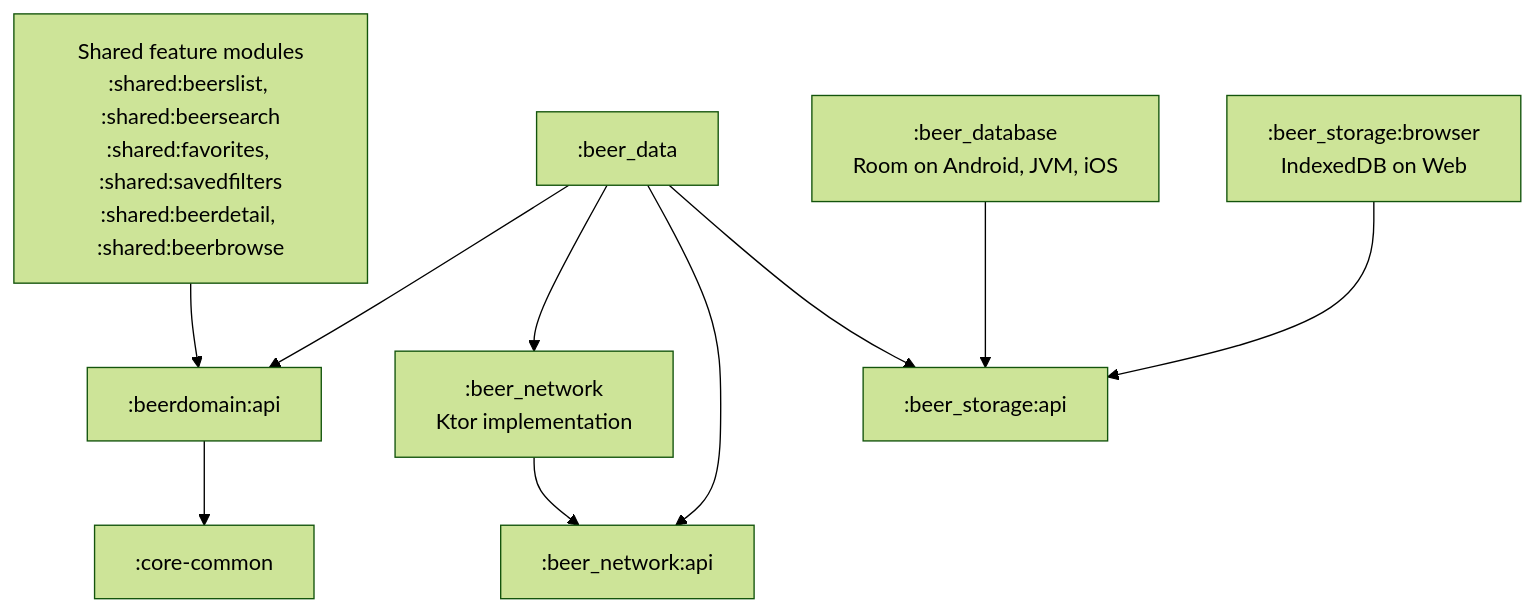
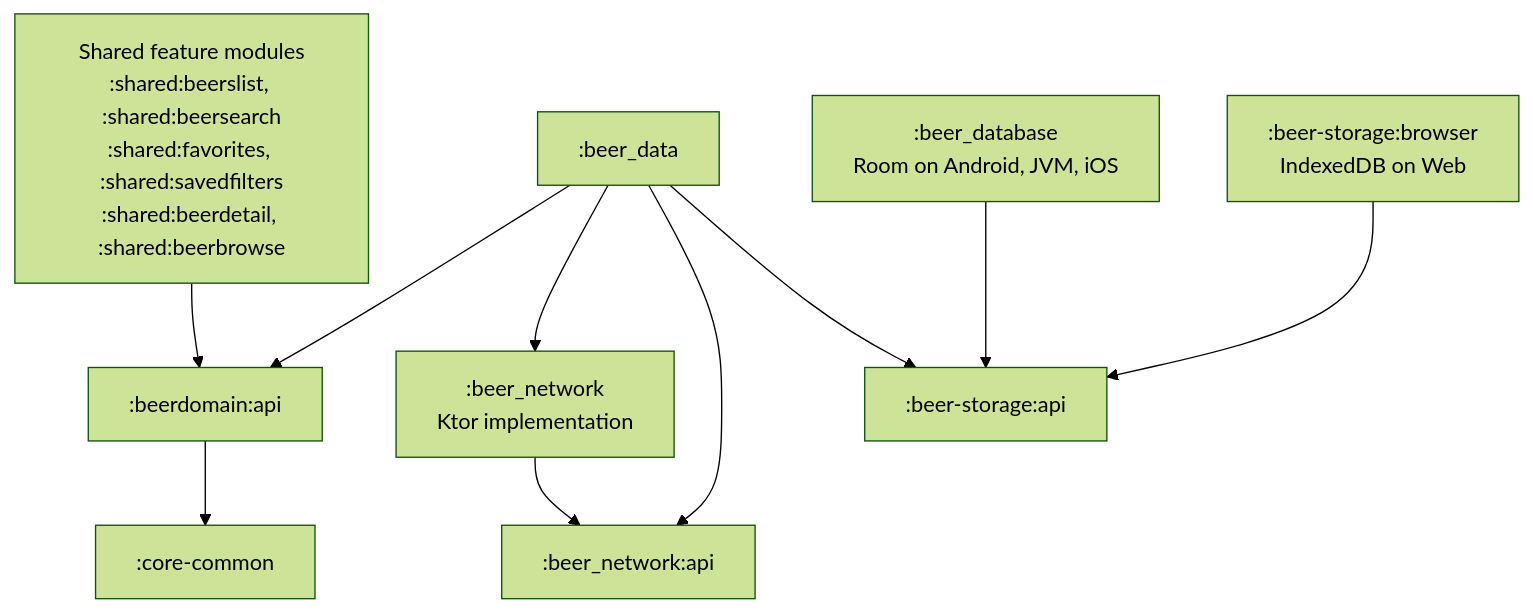
The second of 2 diagrams in README.md (simtop/BillionBeers), drawn with Mermaid (forest theme) before and after one commit. The commit also changed 46 other files, not shown here.

````diff
--- a/README.md
+++ b/README.md
@@ -165,22 +165,22 @@
 ```mermaid
 flowchart TB
     Screens["Shared feature modules<br/>:shared:beerslist, :shared:beersearch<br/>:shared:favorites, :shared:savedfilters<br/>:shared:beerdetail, :shared:beerbrowse"]
     Domain[":beerdomain:api"]
     Common[":core-common"]
     Data[":beer_data"]
     Network[":beer_network<br/>Ktor implementation"]
     NetworkAPI[":beer_network:api"]
-    Storage[":beer_storage:api"]
+    Storage[":beer-storage:api"]
     Room[":beer_database<br/>Room on Android, JVM, iOS"]
-    Browser[":beer_storage:browser<br/>IndexedDB on Web"]
+    Browser[":beer-storage:browser<br/>IndexedDB on Web"]
 
     Screens --> Domain
     Data --> Domain
     Domain --> Common
     Data --> Network
     Data --> NetworkAPI
     Network --> NetworkAPI
     Data --> Storage
     Room --> Storage
     Browser --> Storage
 ```
````
